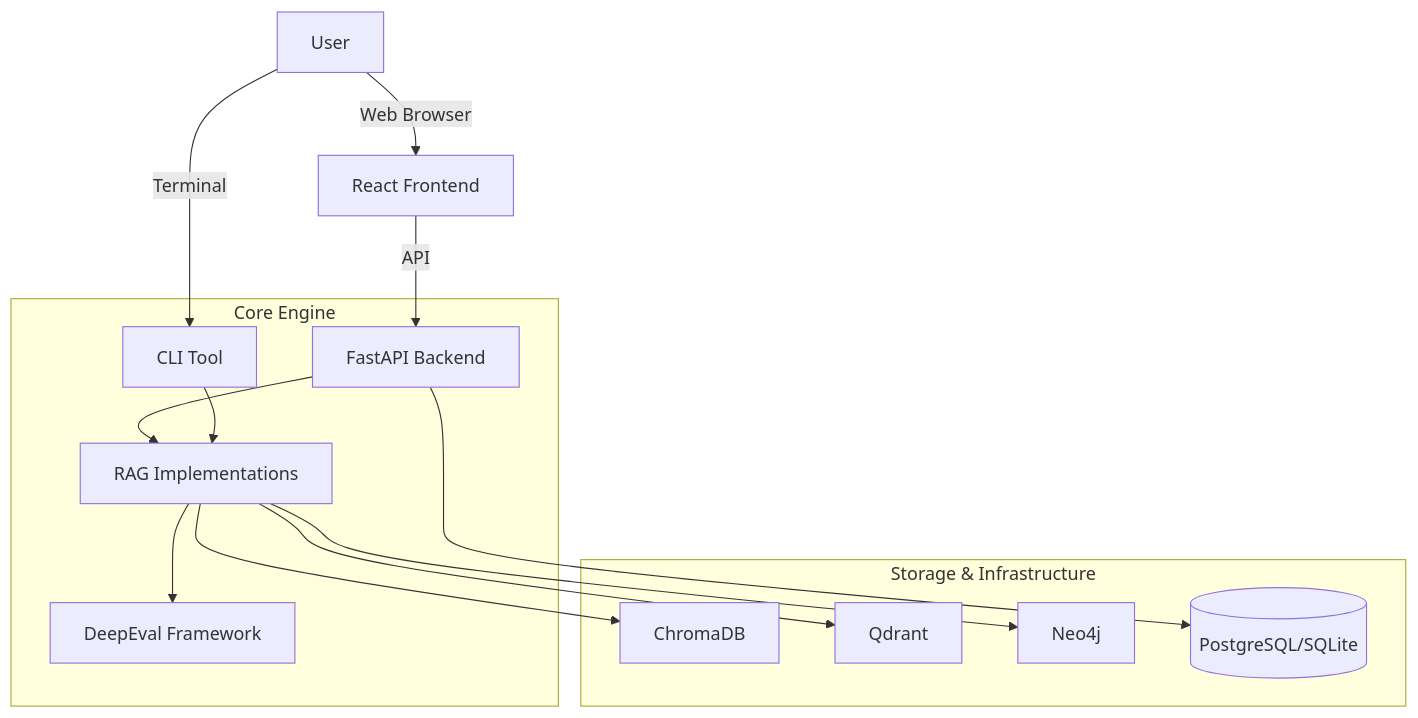
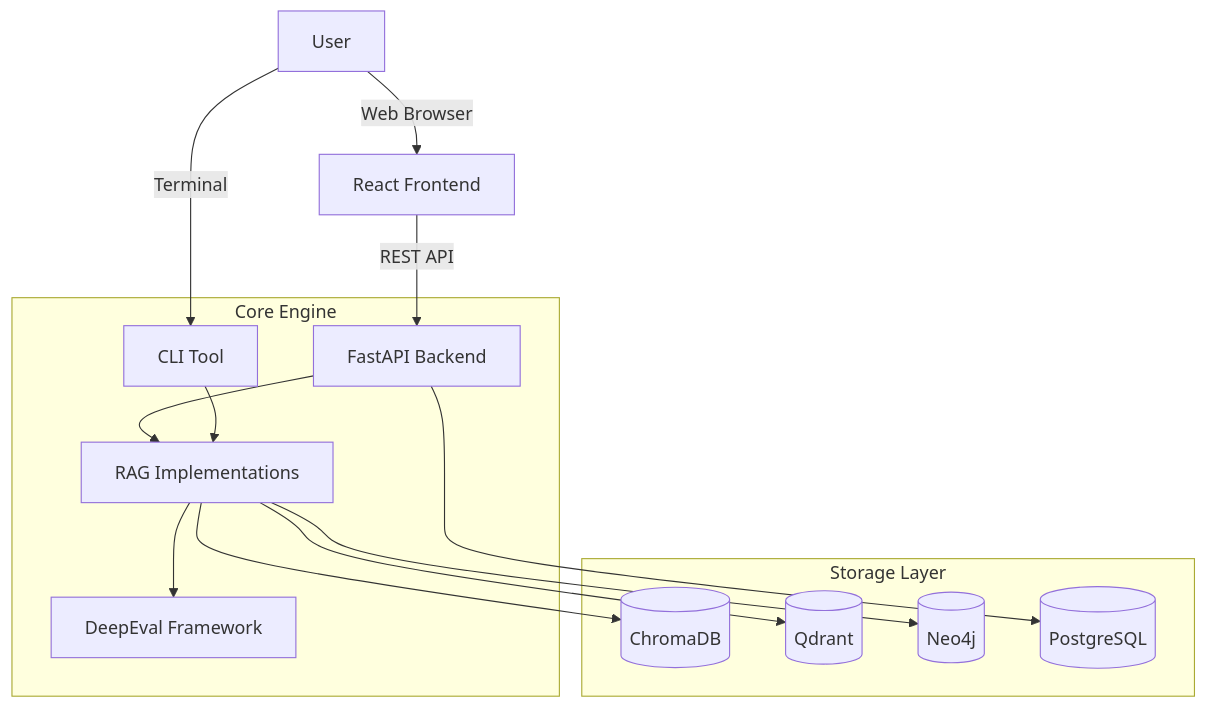
Before and after one commit to fabrizioamort/RAG-evaluator: the diagram in README.md, drawn with Mermaid. The commit also changed other lines of this file and 15 other files, not shown here.

````diff
--- a/README.md
+++ b/README.md
@@ -54,20 +165,20 @@
 ```mermaid
 graph TD
     User[User] -->|Web Browser| Frontend[React Frontend]
     User -->|Terminal| CLI[CLI Tool]
-    
-    Frontend -->|API| Backend[FastAPI Backend]
-    
-    subgraph "Core Engine"
+
+    Frontend -->|REST API| Backend[FastAPI Backend]
+
+    subgraph Core["Core Engine"]
         Backend --> RAG[RAG Implementations]
         CLI --> RAG
         RAG --> Eval[DeepEval Framework]
     end
-    
-    subgraph "Storage & Infrastructure"
-        RAG --> Chroma[ChromaDB]
-        RAG --> Qdrant[Qdrant]
-        RAG --> Neo4j[Neo4j]
-        Backend --> DB[(PostgreSQL/SQLite)]
+
+    subgraph Storage["Storage Layer"]
+        RAG --> Chroma[(ChromaDB)]
+        RAG --> Qdrant[(Qdrant)]
+        RAG --> Neo4j[(Neo4j)]
+        Backend --> DB[(PostgreSQL)]
     end
 ```
````
